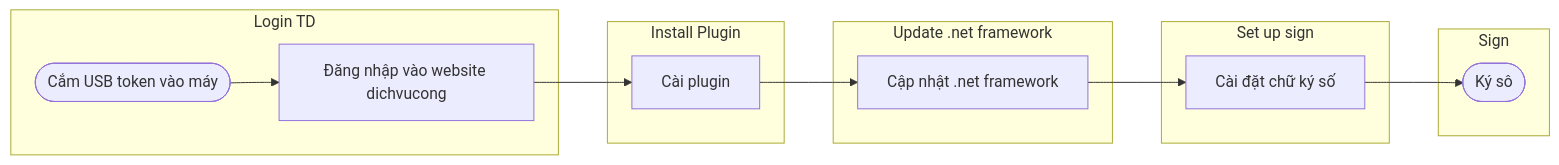
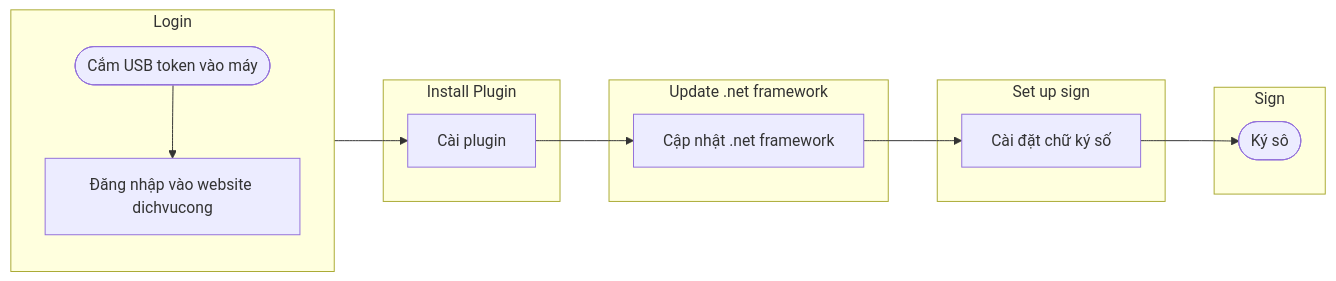
One commit to ramboviking/stat changed the diagram in innovation/retrieve.md. Above: the diagram before and after it, drawn with Mermaid.

````diff
--- a/innovation/retrieve.md
+++ b/innovation/retrieve.md
@@ -4,18 +4,19 @@
 ```mermaid
   graph LR
-    subgraph Login TD
+    subgraph Login
+      direction TB
       A([Cắm USB token vào máy]) --> B[Đăng nhập vào website dichvucong];
     end
     subgraph Install Plugin
       B --> C[Cài plugin];
     end
     subgraph Update .net framework
       C --> D[Cập nhật .net framework];
     end
     subgraph Set up sign
       D --> E[Cài đặt chữ ký số];
     end
     subgraph Sign
       E --> F([Ký sô]);
     end
 ```
````
